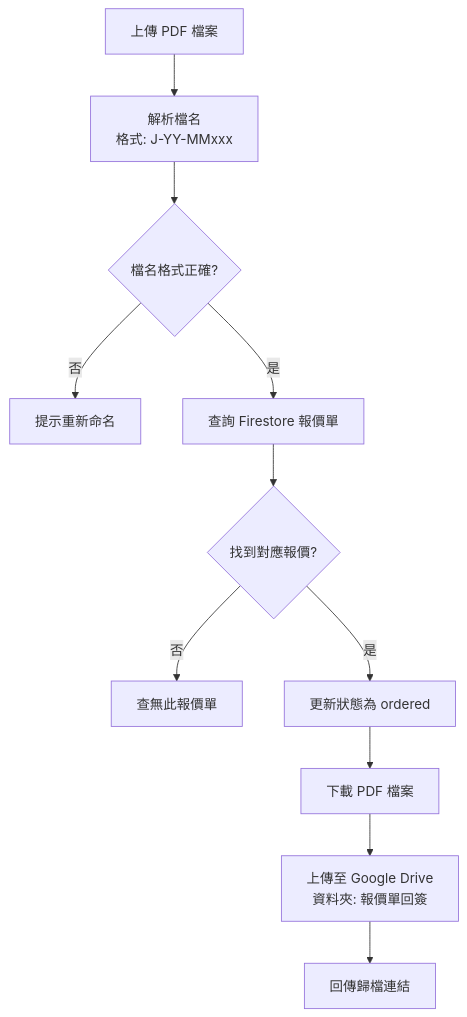
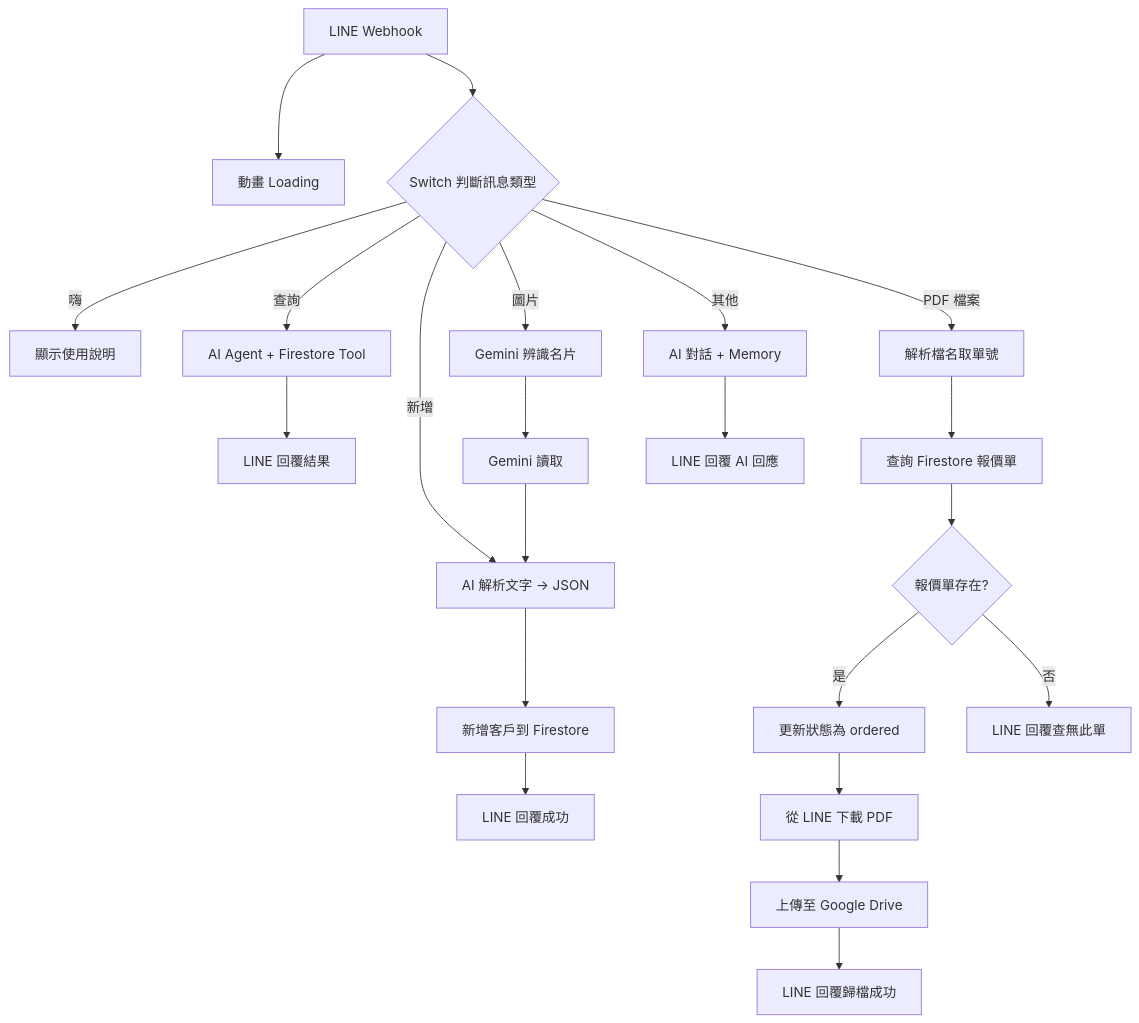
Before and after one commit to nickleo051216/jetenv: the second of 2 diagrams in README.md, drawn with Mermaid. The commit also changed other lines of this file and 1 other file, not shown here.

````diff
--- a/README.md
+++ b/README.md
@@ -83,13 +99,27 @@
 ```mermaid
 graph TD
-    A[上傳 PDF 檔案] --> B[解析檔名<br/>格式: J-YY-MMxxx]
-    B --> C{檔名格式正確?}
-    C -->|否| D[提示重新命名]
-    C -->|是| E[查詢 Firestore 報價單]
-    E --> F{找到對應報價?}
-    F -->|否| G[查無此報價單]
-    F -->|是| H[更新狀態為 ordered]
-    H --> I[下載 PDF 檔案]
-    I --> J[上傳至 Google Drive<br/>資料夾: 報價單回簽]
-    J --> K[回傳歸檔連結]
+    A[LINE Webhook] --> B[動畫 Loading]
+    A --> C{Switch 判斷訊息類型}
+    
+    C -->|嗨| D[顯示使用說明]
+    C -->|查詢| E[AI Agent + Firestore Tool]
+    C -->|新增| F[AI 解析文字 → JSON]
+    C -->|圖片| G[Gemini 辨識名片]
+    C -->|PDF 檔案| H[解析檔名取單號]
+    C -->|其他| I[AI 對話 + Memory]
+    
+    E --> J[LINE 回覆結果]
+    F --> K[新增客戶到 Firestore]
+    G --> L[Gemini 讀取] --> F
+    K --> M[LINE 回覆成功]
+    
+    H --> N[查詢 Firestore 報價單]
+    N --> O{報價單存在?}
+    O -->|是| P[更新狀態為 ordered]
+    O -->|否| Q[LINE 回覆查無此單]
+    P --> R[從 LINE 下載 PDF]
+    R --> S[上傳至 Google Drive]
+    S --> T[LINE 回覆歸檔成功]
+    
+    I --> U[LINE 回覆 AI 回應]
 ```
````
